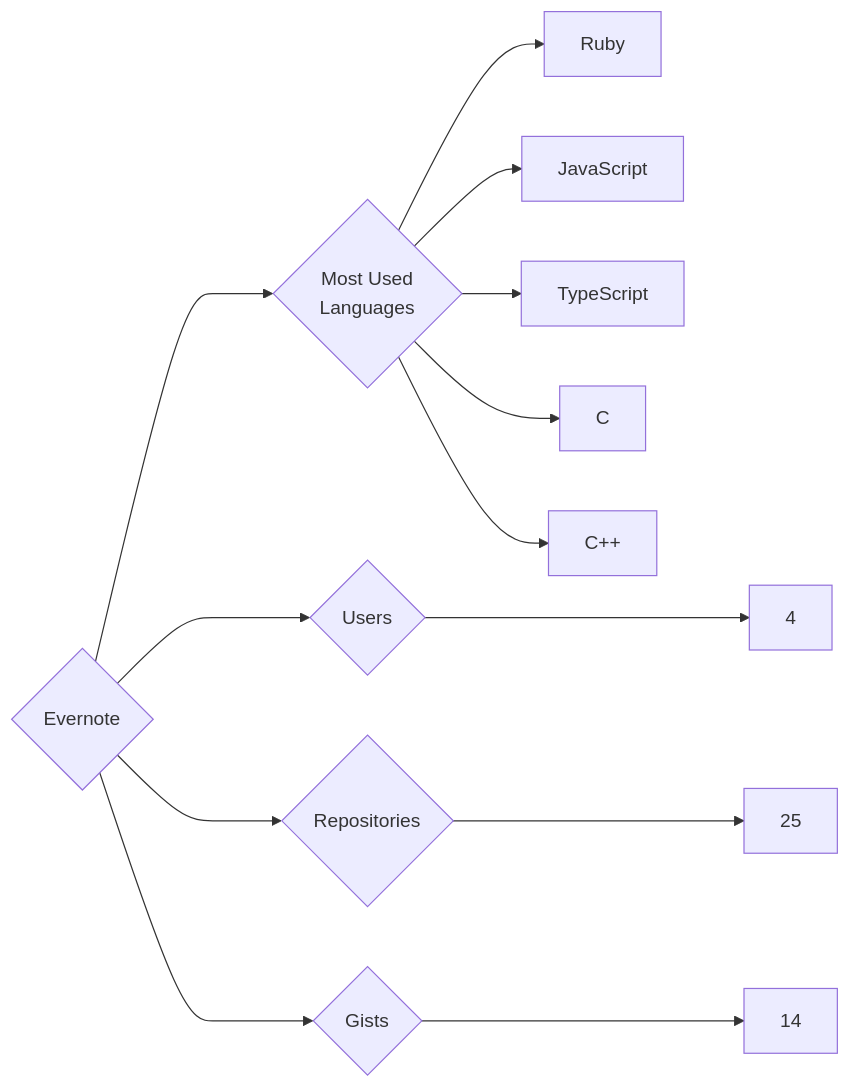
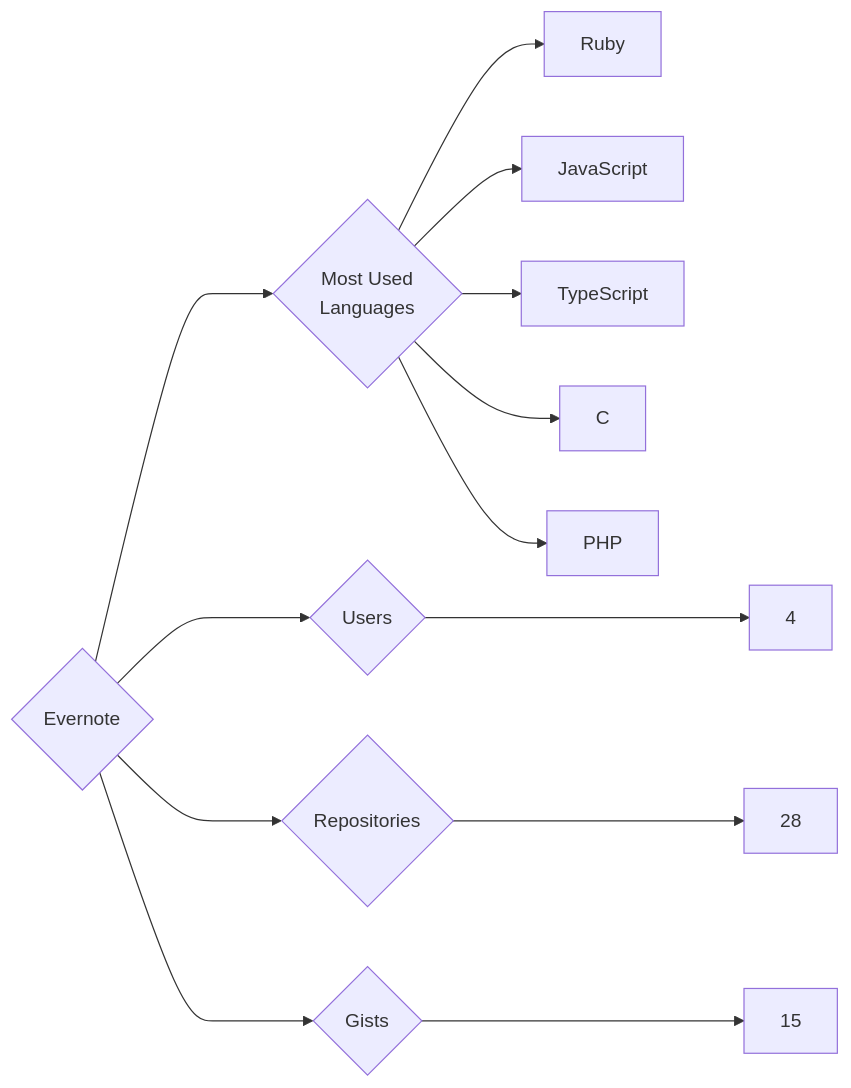
Before and after one commit to trickest/insiders: the diagram in targets/Evernote/README.md, drawn with Mermaid. The commit also changed 1089 other files, not shown here.

````diff
--- a/targets/Evernote/README.md
+++ b/targets/Evernote/README.md
@@ -3,13 +3,13 @@
 ```mermaid
 graph LR
 COMPANY_NAME{Evernote}
 COMPANY_NAME ---> U{Users} ---> UN[4]
-COMPANY_NAME ---> R{Repositories} ---> RN[25]
-COMPANY_NAME ---> G{Gists} ---> GN[14]
+COMPANY_NAME ---> R{Repositories} ---> RN[28]
+COMPANY_NAME ---> G{Gists} ---> GN[15]
 COMPANY_NAME ---> ML{Most Used<br>Languages}
 ML --> Ruby[Ruby]
 ML --> JavaScript[JavaScript]
 ML --> TypeScript[TypeScript]
 ML --> C[C]
-ML --> C++[C++]
+ML --> PHP[PHP]
 ```
````
